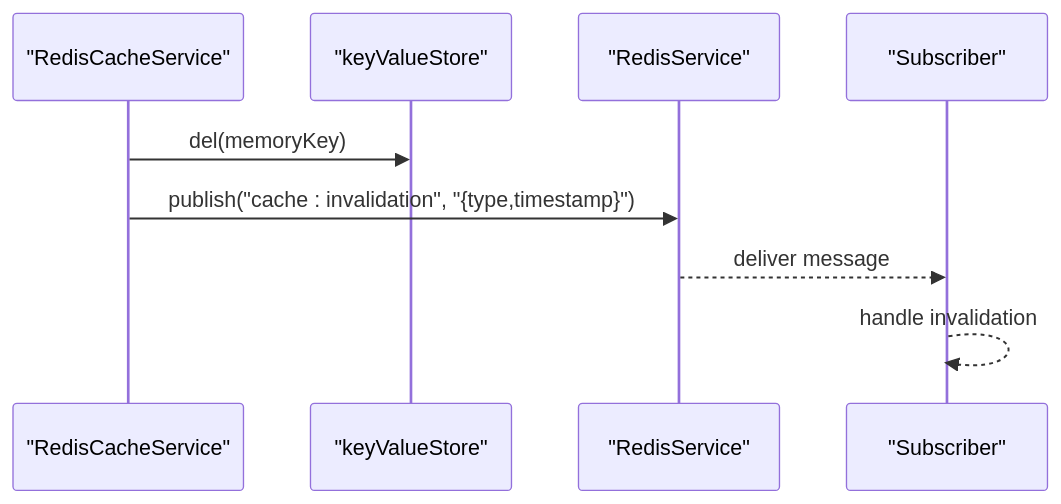
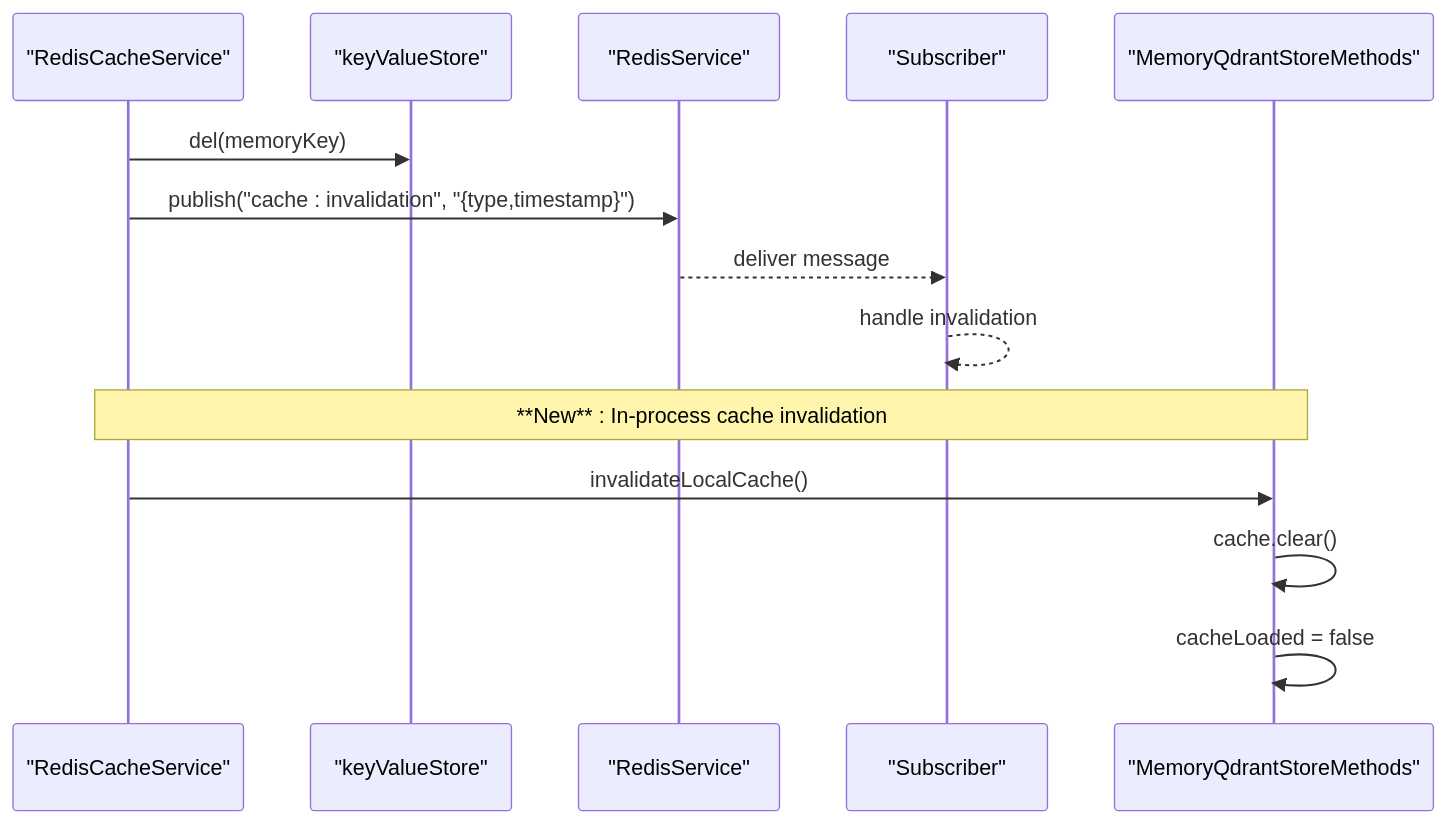
The ninth of 11 diagrams in .qoder/repowiki/en/content/Core Services/Cache Layer.md (debian777/kairos-mcp), drawn with Mermaid before and after one commit. The commit also changed other lines of this file and 16 other files, not shown here.

````diff
--- a/.qoder/repowiki/en/content/Core Services/Cache Layer.md
+++ b/.qoder/repowiki/en/content/Core Services/Cache Layer.md
@@ -315,11 +415,16 @@
 ```mermaid
 sequenceDiagram
 participant RCS as "RedisCacheService"
 participant KVS as "keyValueStore"
 participant RS as "RedisService"
 participant Sub as "Subscriber"
+participant MQSM as "MemoryQdrantStoreMethods"
 RCS->>KVS : del(memoryKey)
 RCS->>RS : publish("cache : invalidation", "{type,timestamp}")
 RS-->>Sub : deliver message
 Sub-->>Sub : handle invalidation
+Note over MQSM,RCS : **New** : In-process cache invalidation
+RCS->>MQSM : invalidateLocalCache()
+MQSM->>MQSM : cache.clear()
+MQSM->>MQSM : cacheLoaded = false
 ```
````
